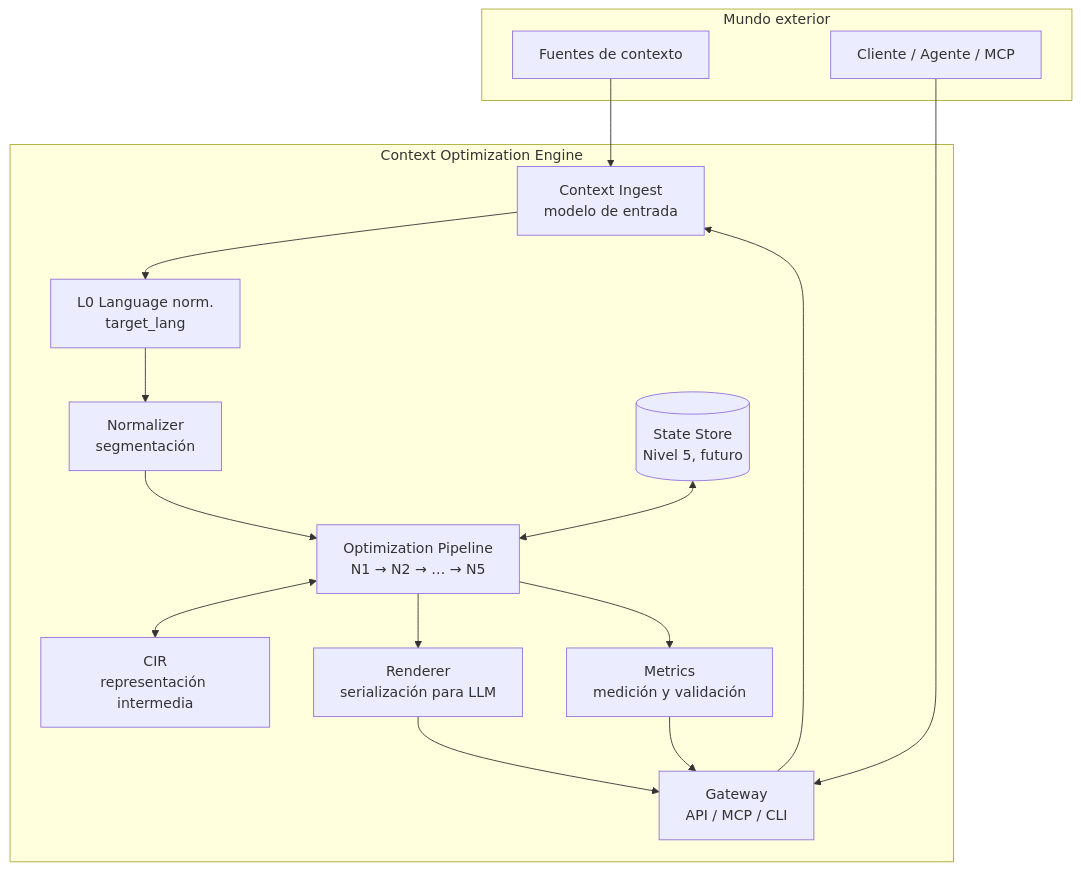
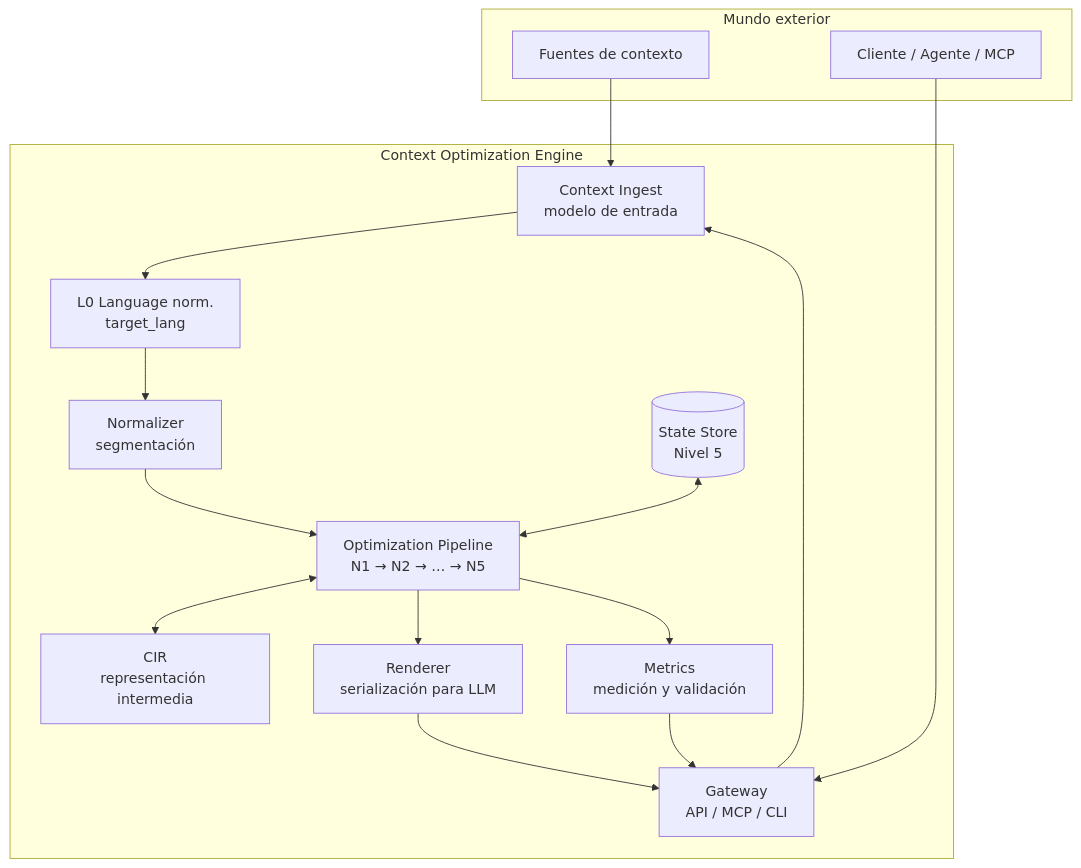
One commit to ntnglz/Context-Optimization-Engine changed the second of 3 diagrams in docs/architecture.md. Above: the diagram before and after it, drawn with Mermaid. The commit also changed other lines of this file and 3 other files, not shown here.

````diff
--- a/docs/architecture.md
+++ b/docs/architecture.md
@@ -64,32 +64,32 @@
 ```mermaid
 flowchart TB
     subgraph externo [Mundo exterior]
         SRC[Fuentes de contexto]
         CLI[Cliente / Agente / MCP]
     end
 
     subgraph coe [Context Optimization Engine]
         GW[Gateway\nAPI / MCP / CLI]
         ING[Context Ingest\nmodelo de entrada]
         L0[L0 Language norm.\ntarget_lang]
         NORM[Normalizer\nsegmentación]
         PIPE[Optimization Pipeline\nN1 → N2 → … → N5]
         CIR[CIR\nrepresentación intermedia]
         REN[Renderer\nserialización para LLM]
         MET[Metrics\nmedición y validación]
-        ST[(State Store\nNivel 5, futuro)]
+        ST[(State Store\nNivel 5)]
     end
 
     SRC --> ING
     CLI --> GW
     GW --> ING
     ING --> L0
     L0 --> NORM
     NORM --> PIPE
     PIPE <--> CIR
     PIPE --> REN
     PIPE --> MET
     ST <--> PIPE
     REN --> GW
     MET --> GW
 ```
````
